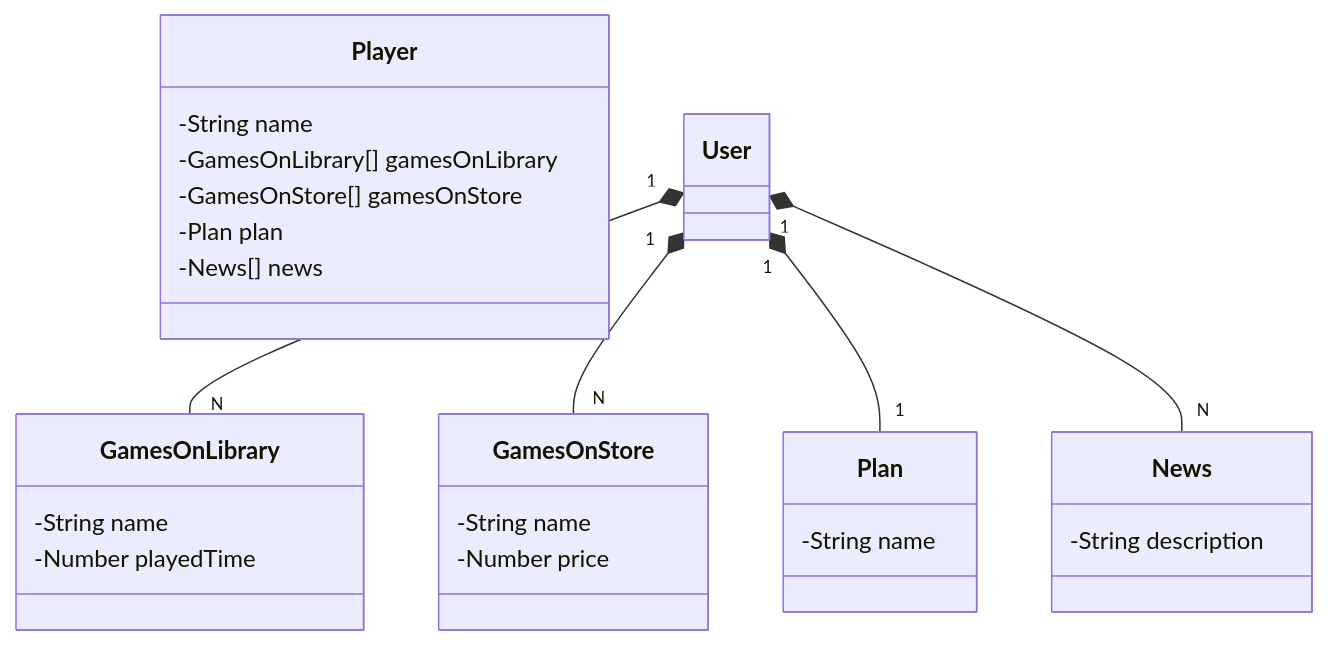
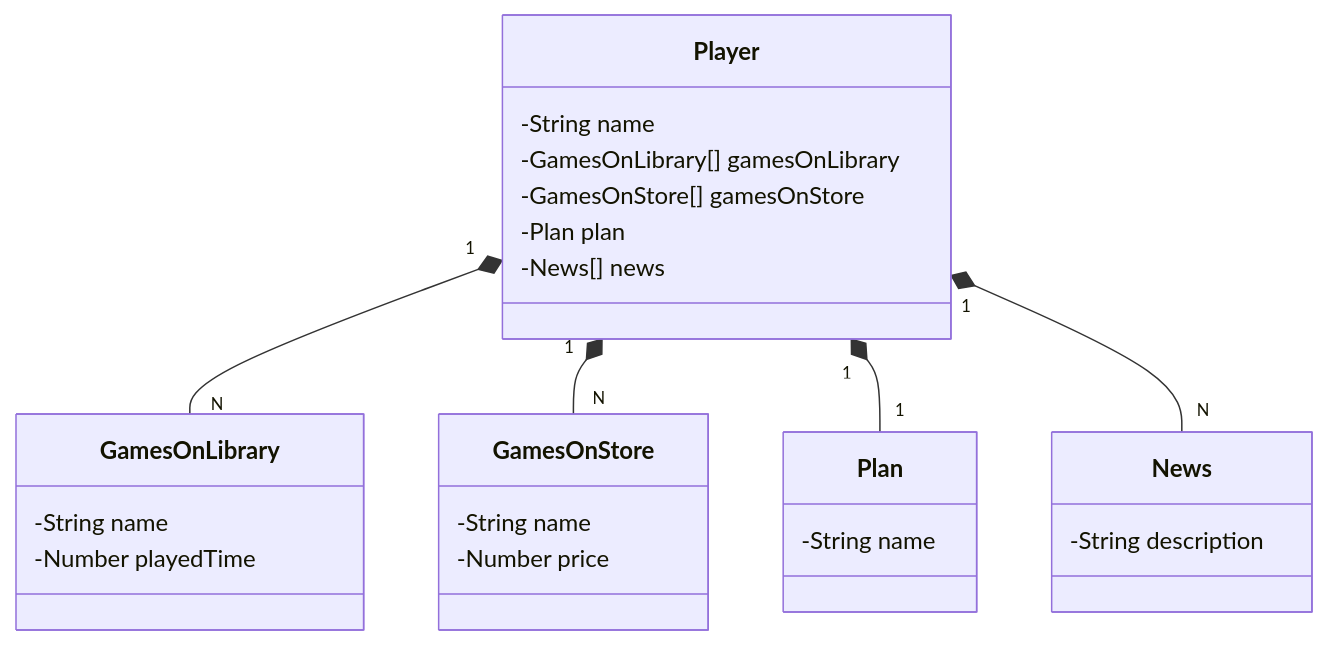
The diagram in README.md (DSobanski0/dio-desafio-api-rest-cloud), drawn with Mermaid before and after one commit.

Commit message:
Ajusta README.md

````diff
--- a/README.md
+++ b/README.md
@@ -14,33 +14,33 @@
 ```mermaid
 classDiagram
   class Player {
     -String name
     -GamesOnLibrary[] gamesOnLibrary
     -GamesOnStore[] gamesOnStore
     -Plan plan
     -News[] news
   }
 
   class GamesOnLibrary {
     -String name
     -Number playedTime
   }
 
   class GamesOnStore {
     -String name
     -Number price
   }
 
   class Plan {
     -String name
   }
 
   class News {
     -String description
   }
 
-  User "1" *-- "N" GamesOnLibrary
-  User "1" *-- "N" GamesOnStore
-  User "1" *-- "1" Plan
-  User "1" *-- "N" News
+  Player "1" *-- "N" GamesOnLibrary
+  Player "1" *-- "N" GamesOnStore
+  Player "1" *-- "1" Plan
+  Player "1" *-- "N" News
 ```
````
